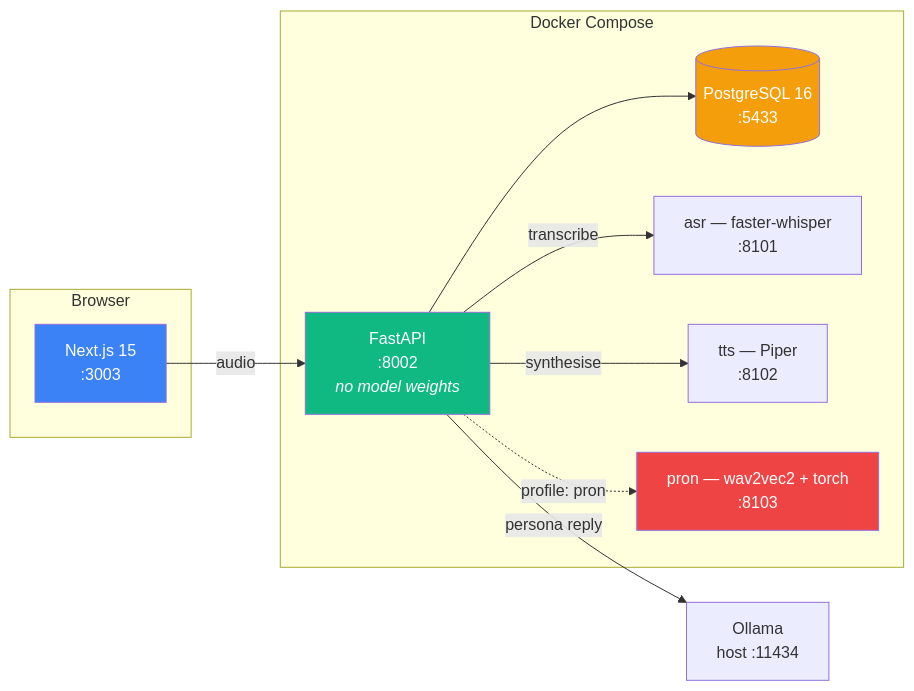
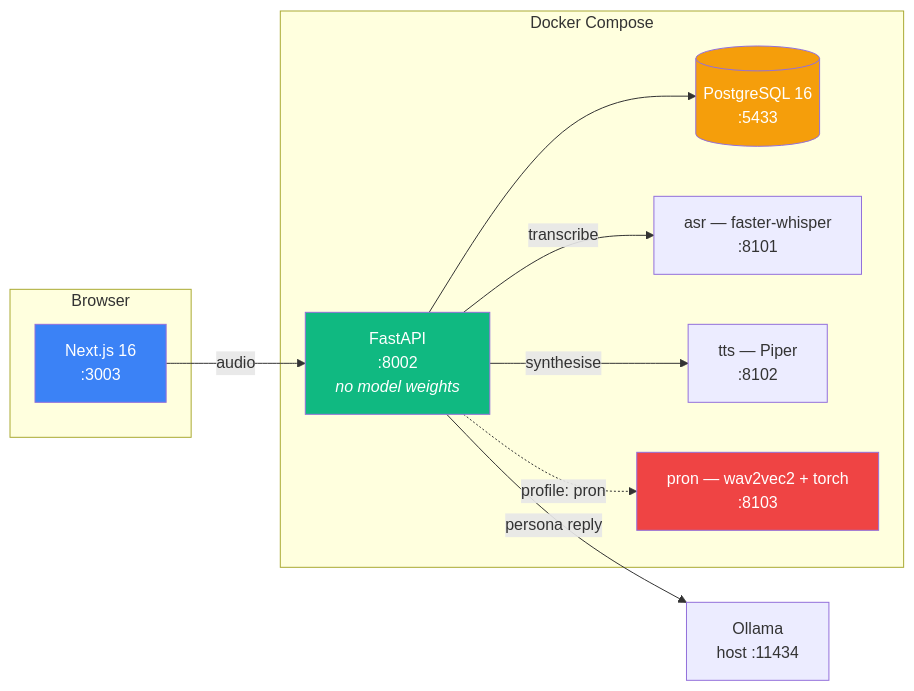
The diagram in README.md (Luisfelipecruz/speaklab), drawn with Mermaid before and after one commit. The commit also changed other lines of this file and 52 other files, not shown here.

````diff
--- a/README.md
+++ b/README.md
@@ -162,26 +165,26 @@
 ```mermaid
 graph LR
     subgraph Browser
-        FE["Next.js 15<br/>:3003"]
+        FE["Next.js 16<br/>:3003"]
     end
     subgraph "Docker Compose"
         API["FastAPI<br/>:8002<br/><i>no model weights</i>"]
         DB[("PostgreSQL 16<br/>:5433")]
         ASR["asr — faster-whisper<br/>:8101"]
         TTS["tts — Piper<br/>:8102"]
         PRON["pron — wav2vec2 + torch<br/>:8103"]
     end
     OLLAMA["Ollama<br/>host :11434"]
 
     FE -- "audio" --> API
     API --> DB
     API -- "transcribe" --> ASR
     API -- "synthesise" --> TTS
     API -. "profile: pron" .-> PRON
     API -- "persona reply" --> OLLAMA
 
     style FE fill:#3b82f6,color:#fff
     style API fill:#10b981,color:#fff
     style DB fill:#f59e0b,color:#fff
     style PRON fill:#ef4444,color:#fff
 ```
````
